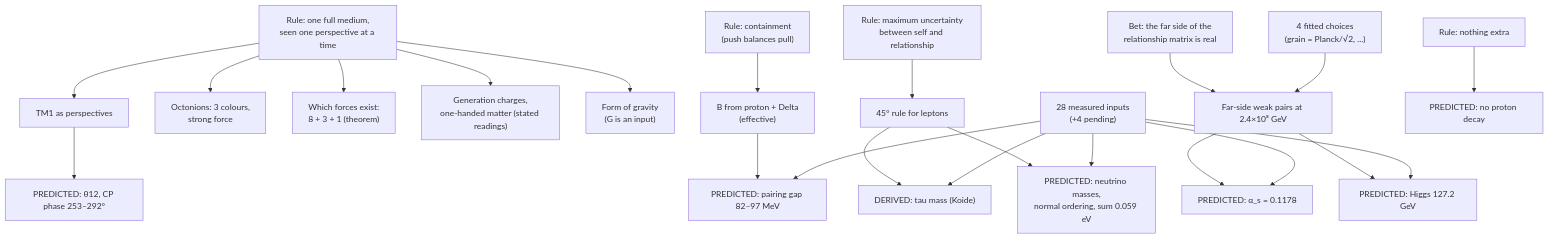
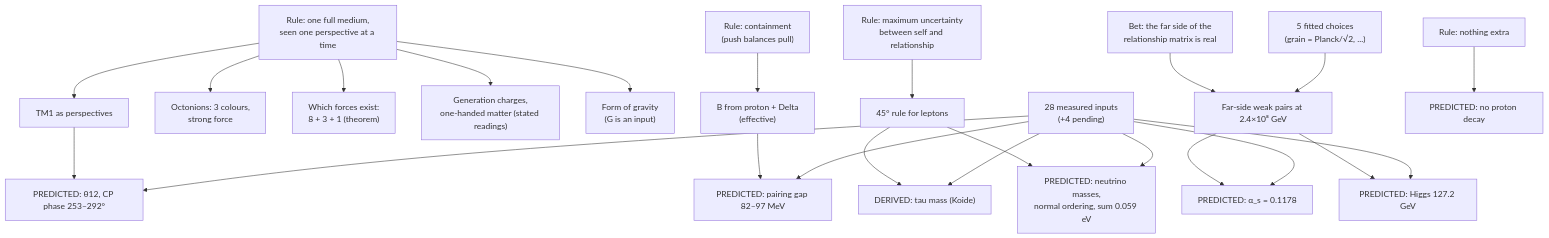
The diagram in docs/ledger/TRPG_Ledger.md (NubbyNubkins/TRPG-Unified-Framework), drawn with Mermaid before and after one commit. The commit also changed other lines of this file and 9 other files, not shown here.

````diff
--- a/docs/ledger/TRPG_Ledger.md
+++ b/docs/ledger/TRPG_Ledger.md
@@ -170,32 +171,33 @@
 ```mermaid
 flowchart TD
   R1["Rule: one full medium,<br/>seen one perspective at a time"]
   R2["Rule: containment<br/>(push balances pull)"]
   R3["Rule: maximum uncertainty<br/>between self and relationship"]
   R4["Rule: nothing extra"]
   BET["Bet: the far side of the<br/>relationship matrix is real"]
   IN["28 measured inputs<br/>(+4 pending)"]
-  FIT["4 fitted choices<br/>(grain = Planck/√2, ...)"]
+  FIT["5 fitted choices<br/>(grain = Planck/√2, ...)"]
 
   R1 --> OCT["Octonions: 3 colours,<br/>strong force"]
   R1 --> FORCES["Which forces exist:<br/>8 + 3 + 1 (theorem)"]
   R1 --> GEN["Generation charges,<br/>one-handed matter (stated readings)"]
   R1 --> GRAV["Form of gravity<br/>(G is an input)"]
   R2 --> BAG["B from proton + Delta<br/>(effective)"]
   BAG --> GAP["PREDICTED: pairing gap 82–97 MeV"]
   R3 --> K45["45° rule for leptons"]
   K45 --> TAU["DERIVED: tau mass (Koide)"]
   K45 --> NU["PREDICTED: neutrino masses,<br/>normal ordering, sum 0.059 eV"]
   R1 --> TM1["TM1 as perspectives"]
   TM1 --> DCP["PREDICTED: θ12, CP phase 253–292°"]
   BET --> MMG["Far-side weak pairs at 2.4×10⁸ GeV"]
   FIT --> MMG
   MMG --> AS["PREDICTED: α_s = 0.1178"]
   MMG --> MH["PREDICTED: Higgs 127.2 GeV"]
   R4 --> PD["PREDICTED: no proton decay"]
   IN --> TAU
   IN --> NU
   IN --> AS
   IN --> MH
   IN --> GAP
+  IN --> DCP
 ```
````
